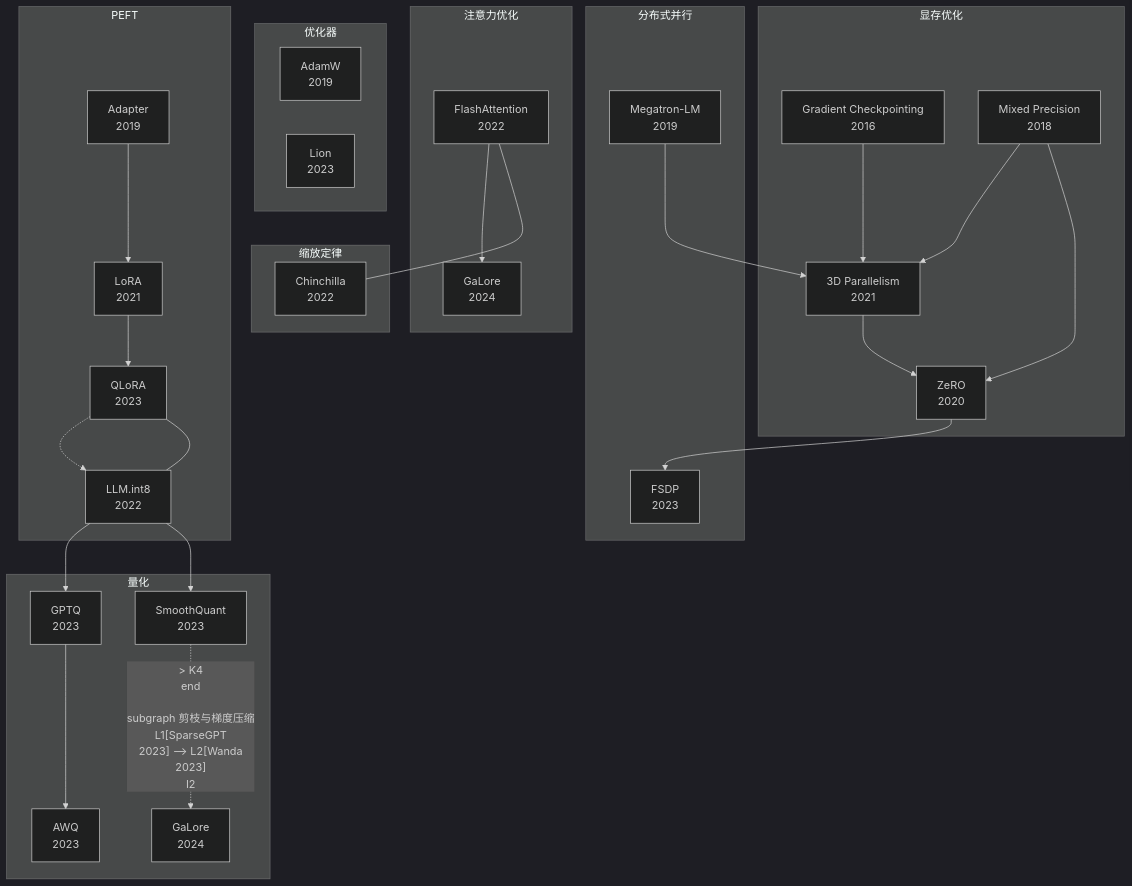
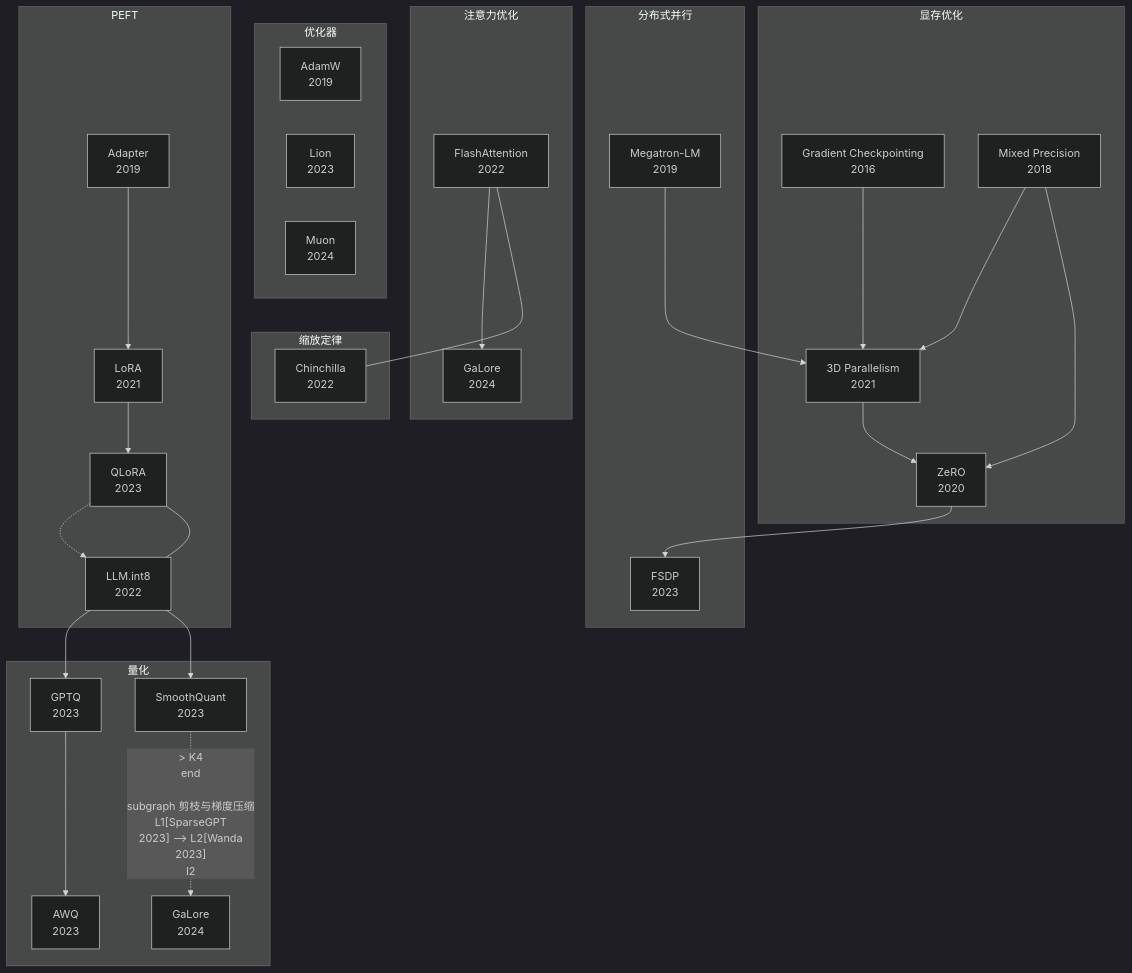
The diagram in 08_DL基础及论文进阶/03_训练基础设施/03_训练基础设施论文精讲.md (priceHE2002/Obsidian), drawn with Mermaid (dark theme) before and after one commit. The commit also changed other lines of this file and 4 other files, not shown here.

````diff
--- a/08_DL基础及论文进阶/03_训练基础设施/03_训练基础设施论文精讲.md
+++ b/08_DL基础及论文进阶/03_训练基础设施/03_训练基础设施论文精讲.md
@@ -529,49 +558,50 @@
 ```mermaid
 graph TD
     subgraph 显存优化
         A1[Gradient Checkpointing<br/>2016] --> B1[3D Parallelism]
         A2[Mixed Precision<br/>2018] --> B1
         A2 --> C1[ZeRO<br/>2020]
     end
 
     subgraph 分布式并行
         B2[Megatron-LM<br/>2019] --> B1[3D Parallelism<br/>2021]
         B1 --> C1[ZeRO<br/>2020]
         C1 --> D1[FSDP<br/>2023]
     end
 
     subgraph 注意力优化
         E1[FlashAttention<br/>2022]
         E1 --> F1[GaLore<br/>2024]
     end
 
     subgraph 缩放定律
         G1[Chinchilla<br/>2022]
     end
 
     subgraph 优化器
         H1[AdamW<br/>2019]
         H2[Lion<br/>2023]
+        H3[Muon<br/>2024]
     end
 
     subgraph PEFT
         I1[Adapter<br/>2019] --> I2[LoRA<br/>2021]
         I2 --> I3[QLoRA<br/>2023]
         I3 -.-> K1[LLM.int8<br/>2022]
     end
 
     subgraph 量化
         K1[LLM.int8<br/>2022] --> K2[GPTQ<br/>2023]
         K1 --> K3[SmoothQuant<br/>2023]
         K2 --> K4[AWQ<br/>2023]
         K3 -.> K4
     end
 
     subgraph 剪枝与梯度压缩
         L1[SparseGPT<br/>2023] --> L2[Wanda<br/>2023]
         I2 -.-> L3[GaLore<br/>2024]
     end
 
     I3 --- K1
     E1 --- G1
 ```
````
